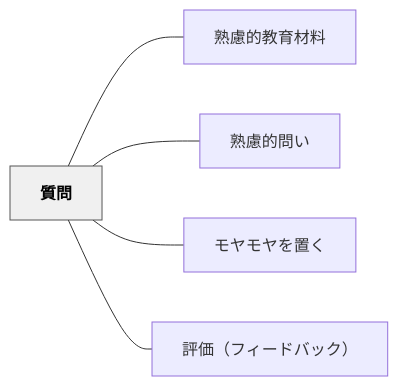
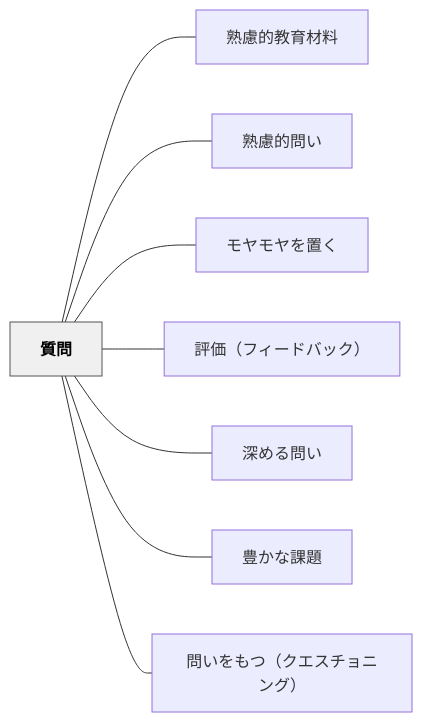
One commit to unknownthings-ed-patterns/unknownthings-ed-patterns changed the diagram in content/パタン/質問.md. Above: the diagram before and after it, drawn with Mermaid. The commit also changed other lines of this file and 35 other files, not shown here.

````diff
--- a/content/パタン/質問.md
+++ b/content/パタン/質問.md
@@ -45,16 +48,22 @@
 ```mermaid
 flowchart LR
     ne8b3aae5958f["質問"]
     ne7869fe685aee79a84e69599e882b2e69d90e69699["熟慮的教育材料"]
     ne7869fe685aee79a84e5958fe38184["熟慮的問い"]
     ne383a2e383a4e383a2e383a4e38292e7bdaee3818f["モヤモヤを置く"]
     ne8a995e4bea1efbc88e38395e382a3e383bce38389e38390e38383e382afefbc89["評価（フィードバック）"]
+    ne6b7b1e38281e3828be5958fe38184["深める問い"]
+    ne8b18ae3818be381aae8aab2e9a18c["豊かな課題"]
+    ne5958fe38184e38292e38282e381a4efbc88e382afe382a8e382b9e38381e383a7e3838be383b3e382b0efbc89["問いをもつ（クエスチョニング）"]
 
     ne8b3aae5958f --- ne7869fe685aee79a84e69599e882b2e69d90e69699
     ne8b3aae5958f --- ne7869fe685aee79a84e5958fe38184
     ne8b3aae5958f --- ne383a2e383a4e383a2e383a4e38292e7bdaee3818f
     ne8b3aae5958f --- ne8a995e4bea1efbc88e38395e382a3e383bce38389e38390e38383e382afefbc89
+    ne8b3aae5958f --- ne6b7b1e38281e3828be5958fe38184
+    ne8b3aae5958f --- ne8b18ae3818be381aae8aab2e9a18c
+    ne8b3aae5958f --- ne5958fe38184e38292e38282e381a4efbc88e382afe382a8e382b9e38381e383a7e3838be383b3e382b0efbc89
 
     classDef hub fill:#f0f0f0,stroke:#555,color:#000,font-weight:bold
     class ne8b3aae5958f hub
 ```
````
